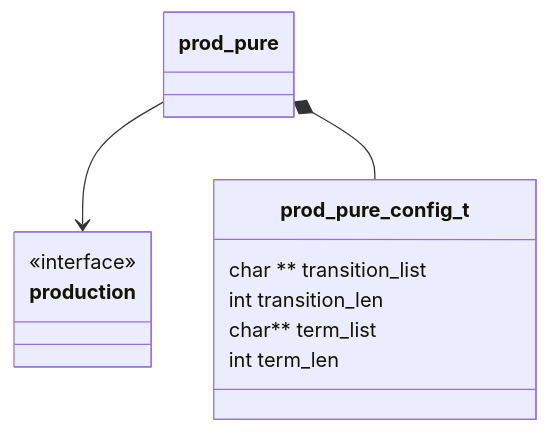
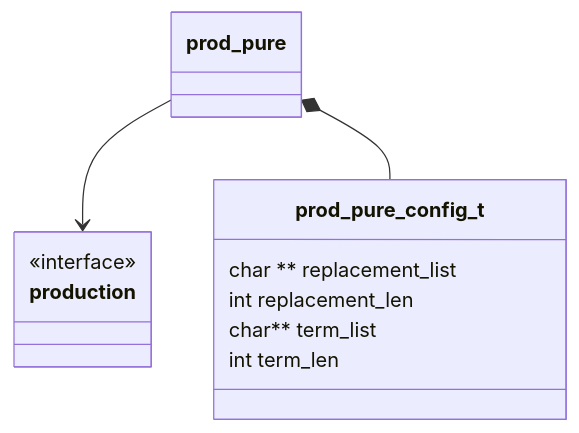
Before and after one commit to Joecstarr/pdgl: the diagram in source/prod_pure/docs/unit_description.md, drawn with Mermaid. The commit also changed other lines of this file and 39 other files, not shown here.

First line of the commit message:
12 transition   replacement (#14)

````diff
--- a/source/prod_pure/docs/unit_description.md
+++ b/source/prod_pure/docs/unit_description.md
@@ -9,16 +9,16 @@
 ```mermaid
 classDiagram
    prod_pure --> production 
    prod_pure *-- prod_pure_config_t
    class prod_pure{ }
     
    class prod_pure_config_t{
-   char ** transition_list
-   int transition_len 
+   char ** replacement_list
+   int replacement_len 
    char** term_list
    int term_len
     }
 
    class production{<<interface>>}
 
 ```
````
